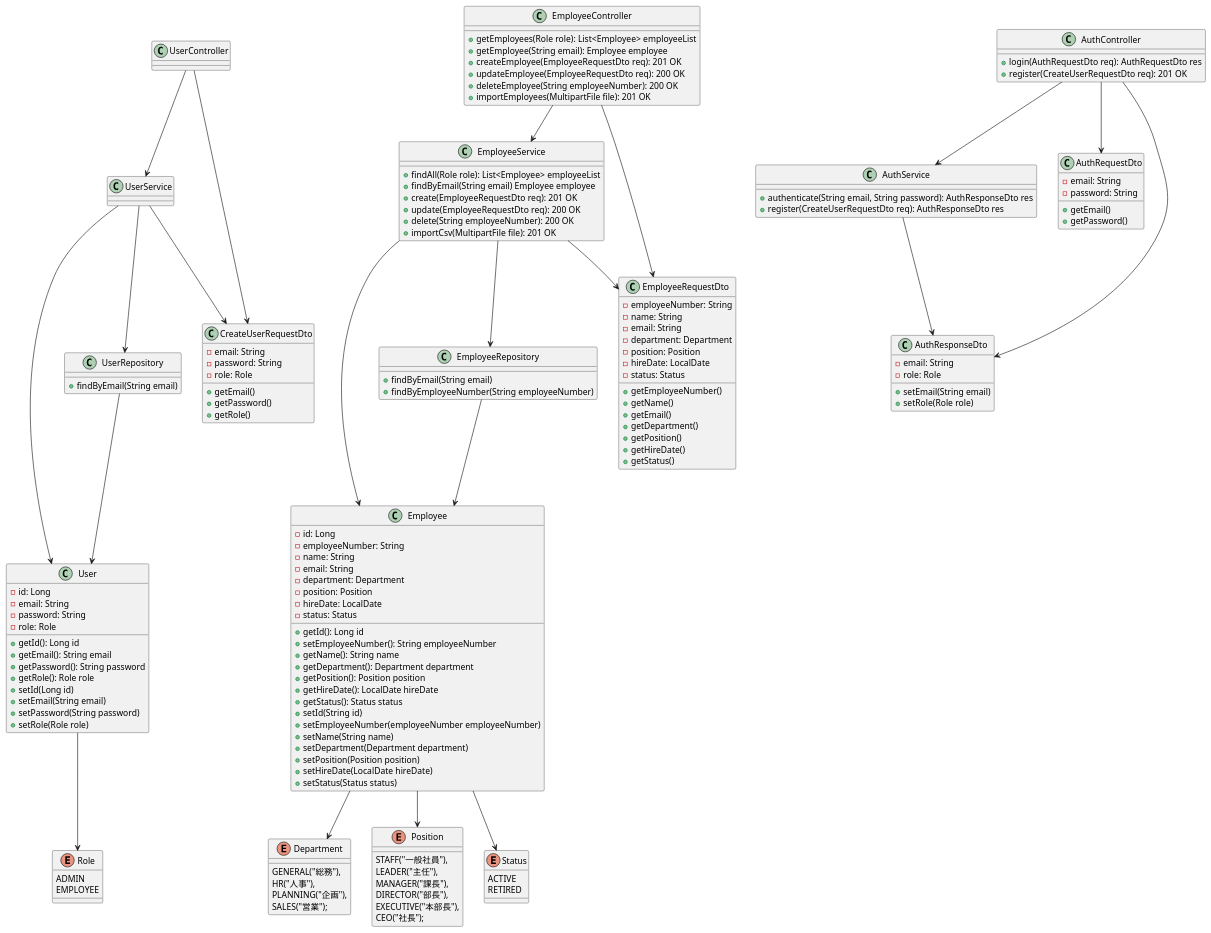
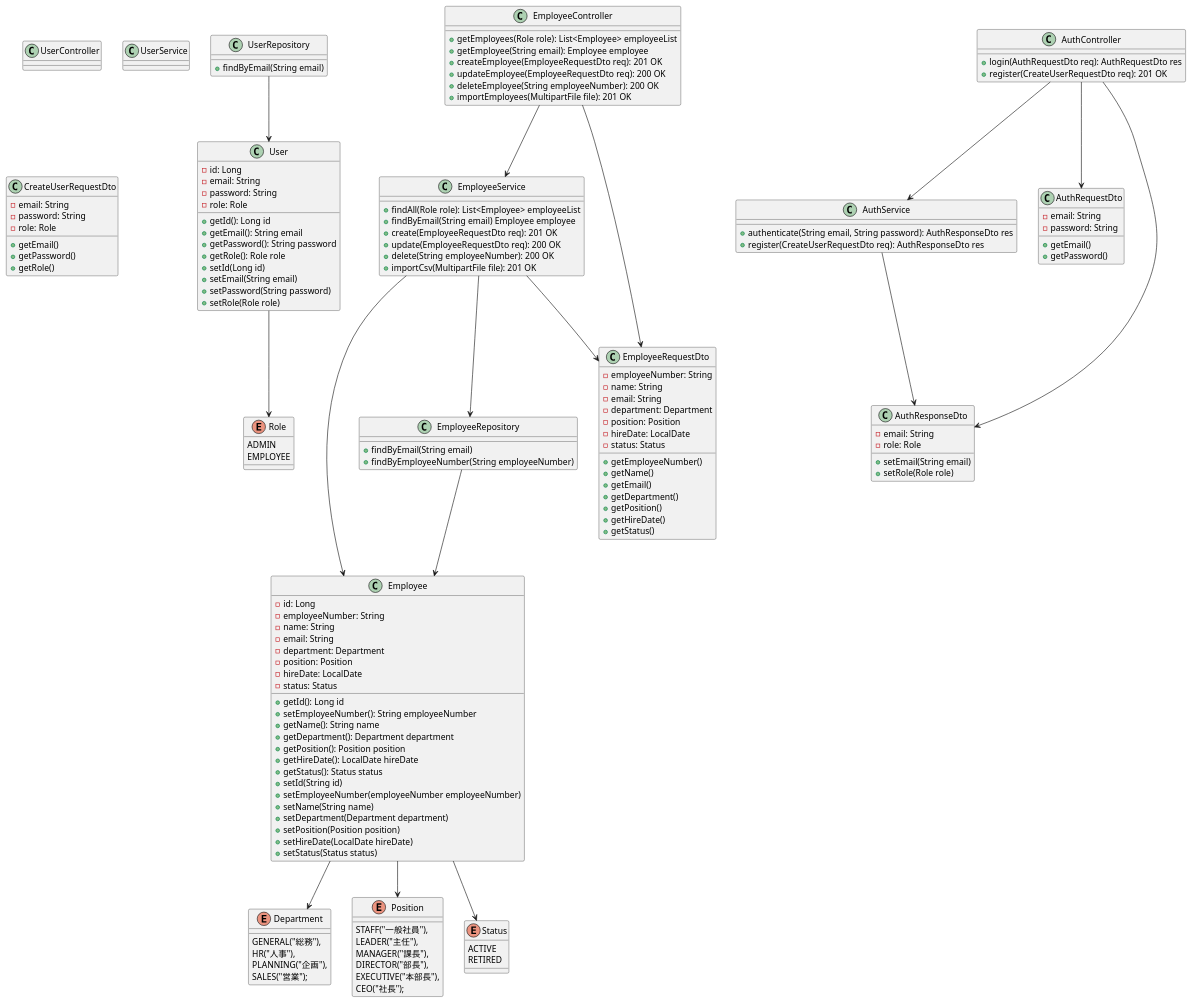
Before and after one commit to tettamasuyama/group-assignment: the diagram in uml/code/class.puml, drawn with PlantUML.

Commit message:
fix: クラス関係図を修正

```diff
--- a/uml/code/class.puml
+++ b/uml/code/class.puml
@@ -23,26 +23,21 @@
 
 ' --- Controller → Service ---
 AuthController --> AuthService
-UserController --> UserService
 EmployeeController --> EmployeeService
 
 ' --- Service → Repository ---
-UserService --> UserRepository
 EmployeeService --> EmployeeRepository
 
 ' --- Service → Entity ---
-UserService --> User
 EmployeeService --> Employee
 
 ' --- Controller → DTO ---
 AuthController --> AuthRequestDto
 AuthController --> AuthResponseDto
-UserController --> CreateUserRequestDto
 EmployeeController --> EmployeeRequestDto
 
 ' --- Service → DTO ---
 AuthService --> AuthResponseDto
-UserService --> CreateUserRequestDto
 EmployeeService --> EmployeeRequestDto
 
 ' --- Entity → Enum ---
@@ -135,7 +130,6 @@
   + register(CreateUserRequestDto req): AuthResponseDto res
 }
 
-
 class UserRepository {
   + findByEmail(String email)
 }
```
